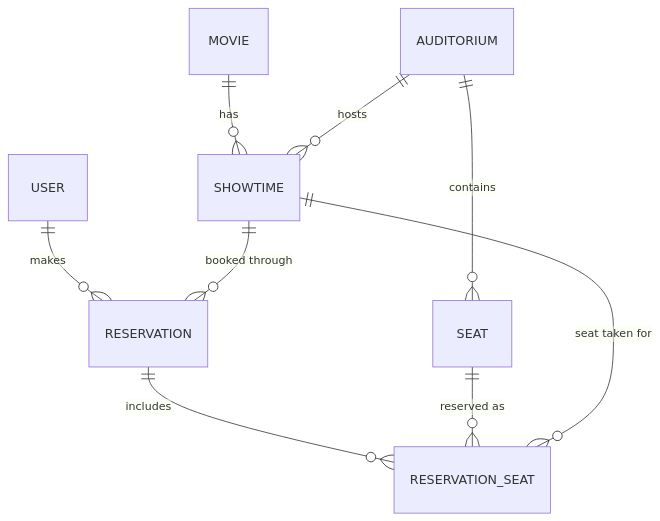
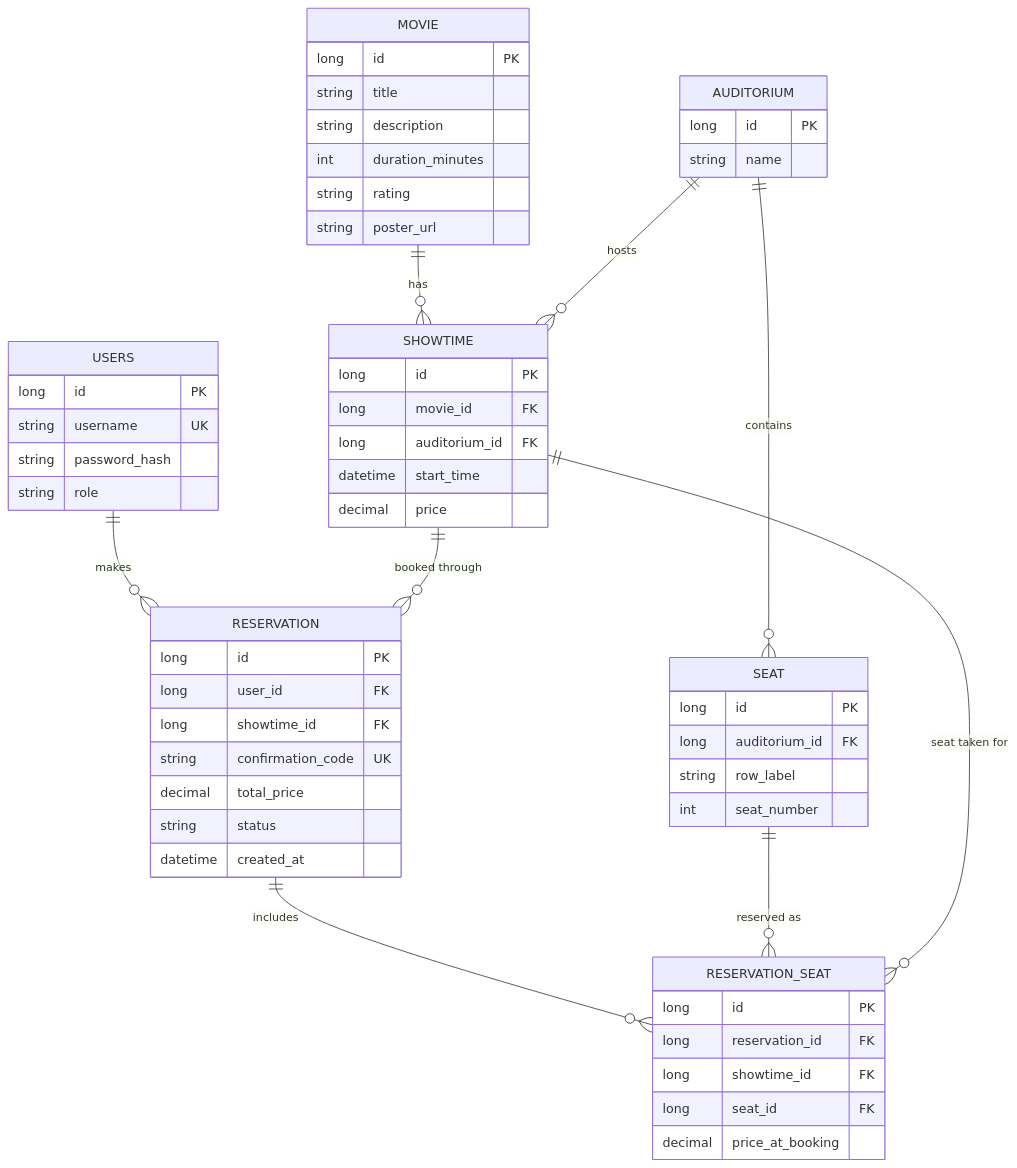
One commit to mariem-mdalla/Movie-Ticket-Booking changed the diagram in docs/erd.md. Above: the diagram before and after it, drawn with Mermaid. The commit also changed other lines of this file and 7 other files, not shown here.

````diff
--- a/docs/erd.md
+++ b/docs/erd.md
@@ -1,11 +1,59 @@
 ```mermaid
 erDiagram
-    USER ||--o{ RESERVATION : makes
+    USERS ||--o{ RESERVATION : makes
     MOVIE ||--o{ SHOWTIME : has
     AUDITORIUM ||--o{ SEAT : contains
     AUDITORIUM ||--o{ SHOWTIME : hosts
     SHOWTIME ||--o{ RESERVATION : "booked through"
     RESERVATION ||--o{ RESERVATION_SEAT : includes
     SEAT ||--o{ RESERVATION_SEAT : "reserved as"
     SHOWTIME ||--o{ RESERVATION_SEAT : "seat taken for"
+
+    USERS {
+        long id PK
+        string username UK
+        string password_hash
+        string role
+    }
+    MOVIE {
+        long id PK
+        string title
+        string description
+        int duration_minutes
+        string rating
+        string poster_url
+    }
+    AUDITORIUM {
+        long id PK
+        string name
+    }
+    SEAT {
+        long id PK
+        long auditorium_id FK
+        string row_label
+        int seat_number
+    }
+    SHOWTIME {
+        long id PK
+        long movie_id FK
+        long auditorium_id FK
+        datetime start_time
+        decimal price
+    }
+    RESERVATION {
+        long id PK
+        long user_id FK
+        long showtime_id FK
+        string confirmation_code UK
+        decimal total_price
+        string status
+        datetime created_at
+    }
+    RESERVATION_SEAT {
+        long id PK
+        long reservation_id FK
+        long showtime_id FK
+        long seat_id FK
+        decimal price_at_booking
+    }
 ```
````
